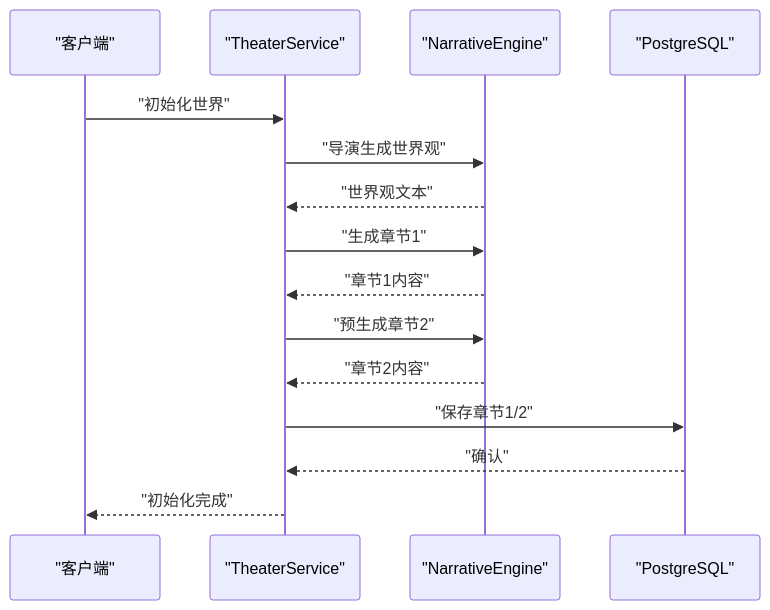
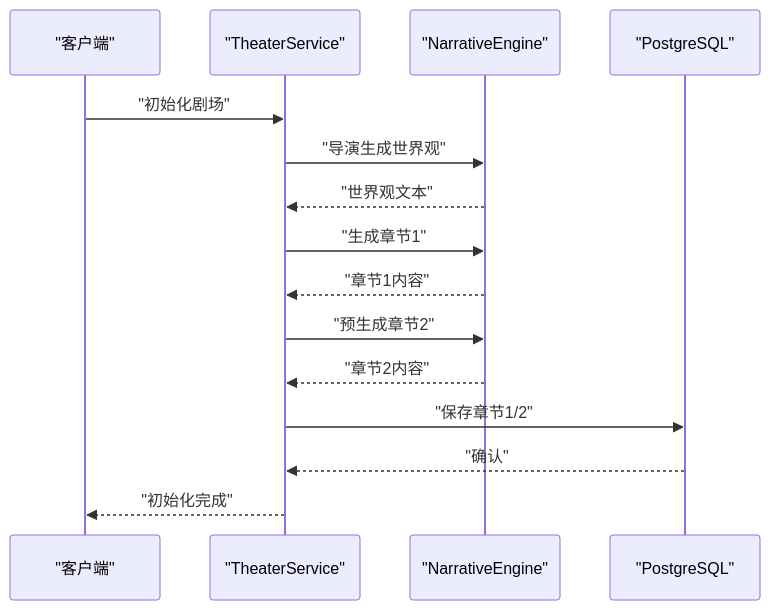
One commit to KunLabAI/KunFlix changed the fourth of 9 diagrams in .qoder/repowiki/zh/content/项目概述/系统简介与核心特性.md. Above: the diagram before and after it, drawn with Mermaid. The commit also changed other lines of this file and 88 other files, not shown here.

````diff
--- a/.qoder/repowiki/zh/content/项目概述/系统简介与核心特性.md
+++ b/.qoder/repowiki/zh/content/项目概述/系统简介与核心特性.md
@@ -205,17 +212,17 @@
 ```mermaid
 sequenceDiagram
 participant C as "客户端"
 participant S as "TheaterService"
 participant E as "NarrativeEngine"
 participant DB as "PostgreSQL"
-C->>S : "初始化世界"
+C->>S : "初始化剧场"
 S->>E : "导演生成世界观"
 E-->>S : "世界观文本"
 S->>E : "生成章节1"
 E-->>S : "章节1内容"
 S->>E : "预生成章节2"
 E-->>S : "章节2内容"
 S->>DB : "保存章节1/2"
 DB-->>S : "确认"
 S-->>C : "初始化完成"
 ```
````
